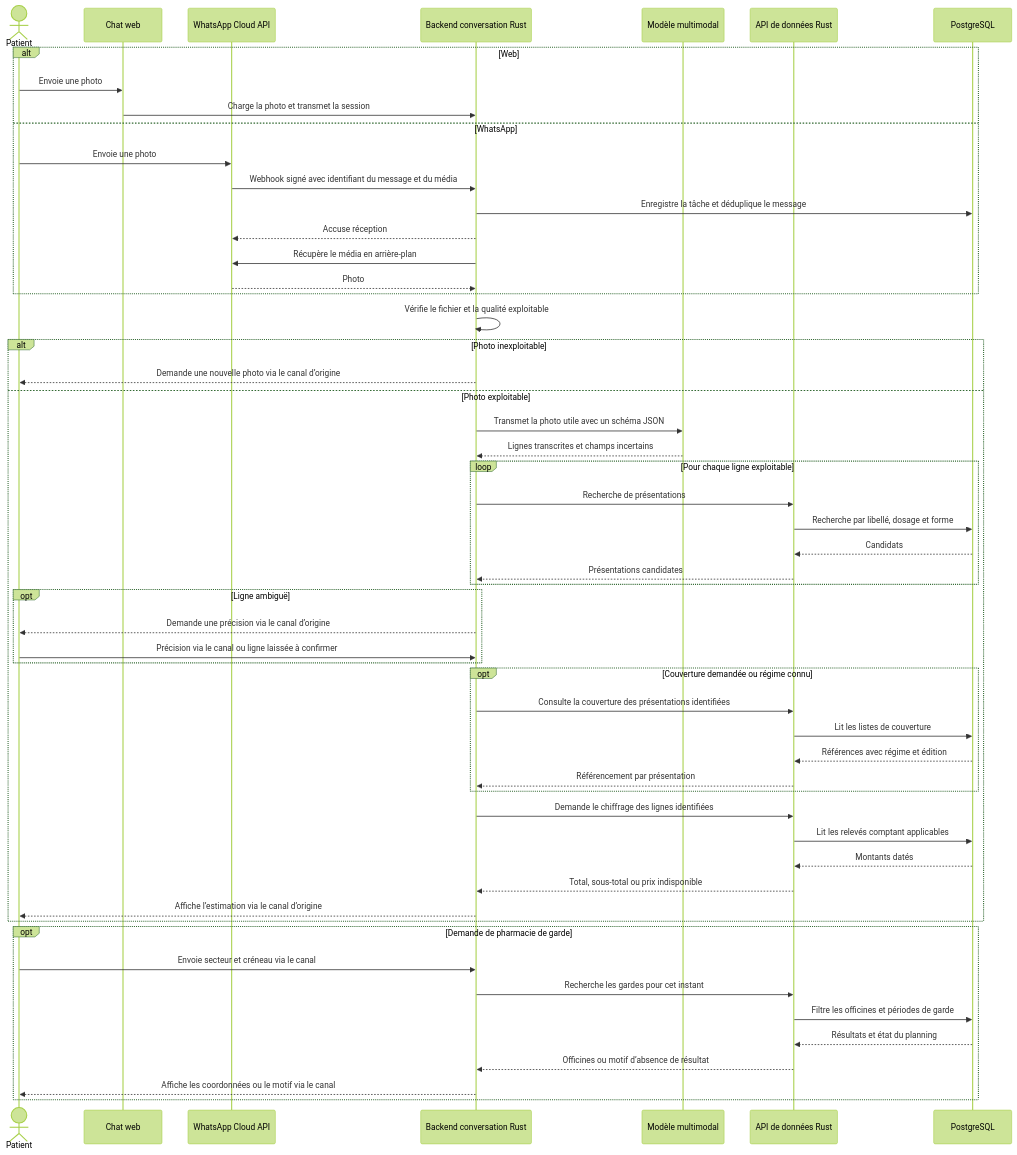
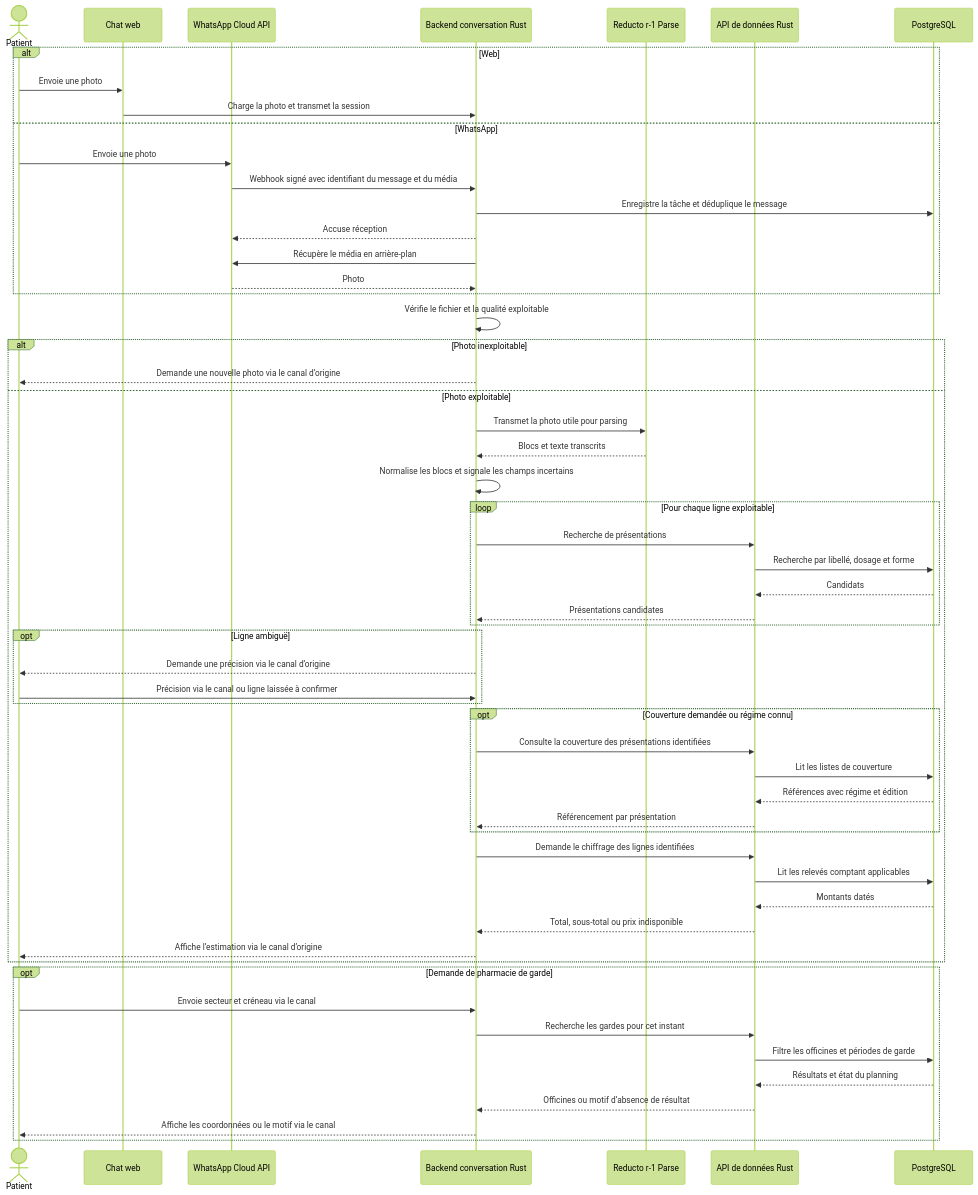
The diagram in archi/03-sequence.md (IS2aC/hey-doc), drawn with Mermaid (forest theme) before and after one commit. The commit also changed 12 other files, not shown here.

````diff
--- a/archi/03-sequence.md
+++ b/archi/03-sequence.md
@@ -5,60 +5,61 @@
 ```mermaid
 sequenceDiagram
     actor Patient
     participant Web as Chat web
     participant Meta as WhatsApp Cloud API
     participant Rust as Backend conversation Rust
-    participant Vision as Modèle multimodal
+    participant Vision as Reducto r-1 Parse
     participant API as API de données Rust
     participant DB as PostgreSQL
 
     alt Web
         Patient->>Web: Envoie une photo
         Web->>Rust: Charge la photo et transmet la session
     else WhatsApp
         Patient->>Meta: Envoie une photo
         Meta->>Rust: Webhook signé avec identifiant du message et du média
         Rust->>DB: Enregistre la tâche et déduplique le message
         Rust-->>Meta: Accuse réception
         Rust->>Meta: Récupère le média en arrière-plan
         Meta-->>Rust: Photo
     end
 
     Rust->>Rust: Vérifie le fichier et la qualité exploitable
     alt Photo inexploitable
         Rust-->>Patient: Demande une nouvelle photo via le canal d’origine
     else Photo exploitable
-        Rust->>Vision: Transmet la photo utile avec un schéma JSON
-        Vision-->>Rust: Lignes transcrites et champs incertains
+        Rust->>Vision: Transmet la photo utile pour parsing
+        Vision-->>Rust: Blocs et texte transcrits
+        Rust->>Rust: Normalise les blocs et signale les champs incertains
         loop Pour chaque ligne exploitable
             Rust->>API: Recherche de présentations
             API->>DB: Recherche par libellé, dosage et forme
             DB-->>API: Candidats
             API-->>Rust: Présentations candidates
         end
         opt Ligne ambiguë
             Rust-->>Patient: Demande une précision via le canal d’origine
             Patient->>Rust: Précision via le canal ou ligne laissée à confirmer
         end
         opt Couverture demandée ou régime connu
             Rust->>API: Consulte la couverture des présentations identifiées
             API->>DB: Lit les listes de couverture
             DB-->>API: Références avec régime et édition
             API-->>Rust: Référencement par présentation
         end
         Rust->>API: Demande le chiffrage des lignes identifiées
         API->>DB: Lit les relevés comptant applicables
         DB-->>API: Montants datés
         API-->>Rust: Total, sous-total ou prix indisponible
         Rust-->>Patient: Affiche l’estimation via le canal d’origine
     end
 
     opt Demande de pharmacie de garde
         Patient->>Rust: Envoie secteur et créneau via le canal
         Rust->>API: Recherche les gardes pour cet instant
         API->>DB: Filtre les officines et périodes de garde
         DB-->>API: Résultats et état du planning
         API-->>Rust: Officines ou motif d’absence de résultat
         Rust-->>Patient: Affiche les coordonnées ou le motif via le canal
     end
 ```
````
